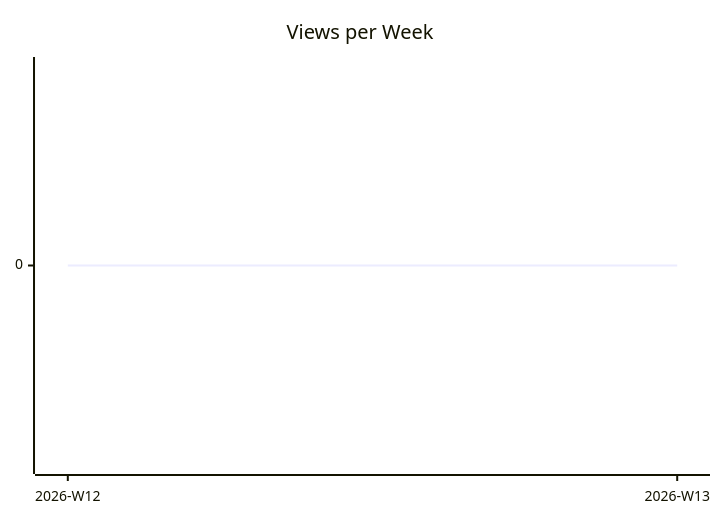
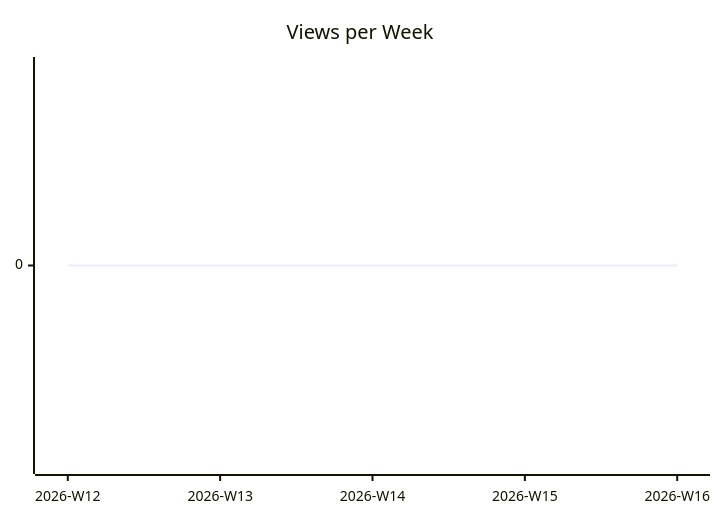
The second of 3 diagrams in karlmdavis/ansible/README.md (justdavis-family/github-analytics-data), drawn with Mermaid before and after one commit. The commit also changed other lines of this file and 173 other files, not shown here.

````diff
--- a/karlmdavis/ansible/README.md
+++ b/karlmdavis/ansible/README.md
@@ -12,6 +12,6 @@
 ```mermaid
 xychart-beta
   title "Views per Week"
-  x-axis ["2026-W12", "2026-W13"]
-  line [0, 0]
+  x-axis ["2026-W12", "2026-W13", "2026-W14", "2026-W15", "2026-W16"]
+  line [0, 0, 0, 0, 0]
 ```
````
